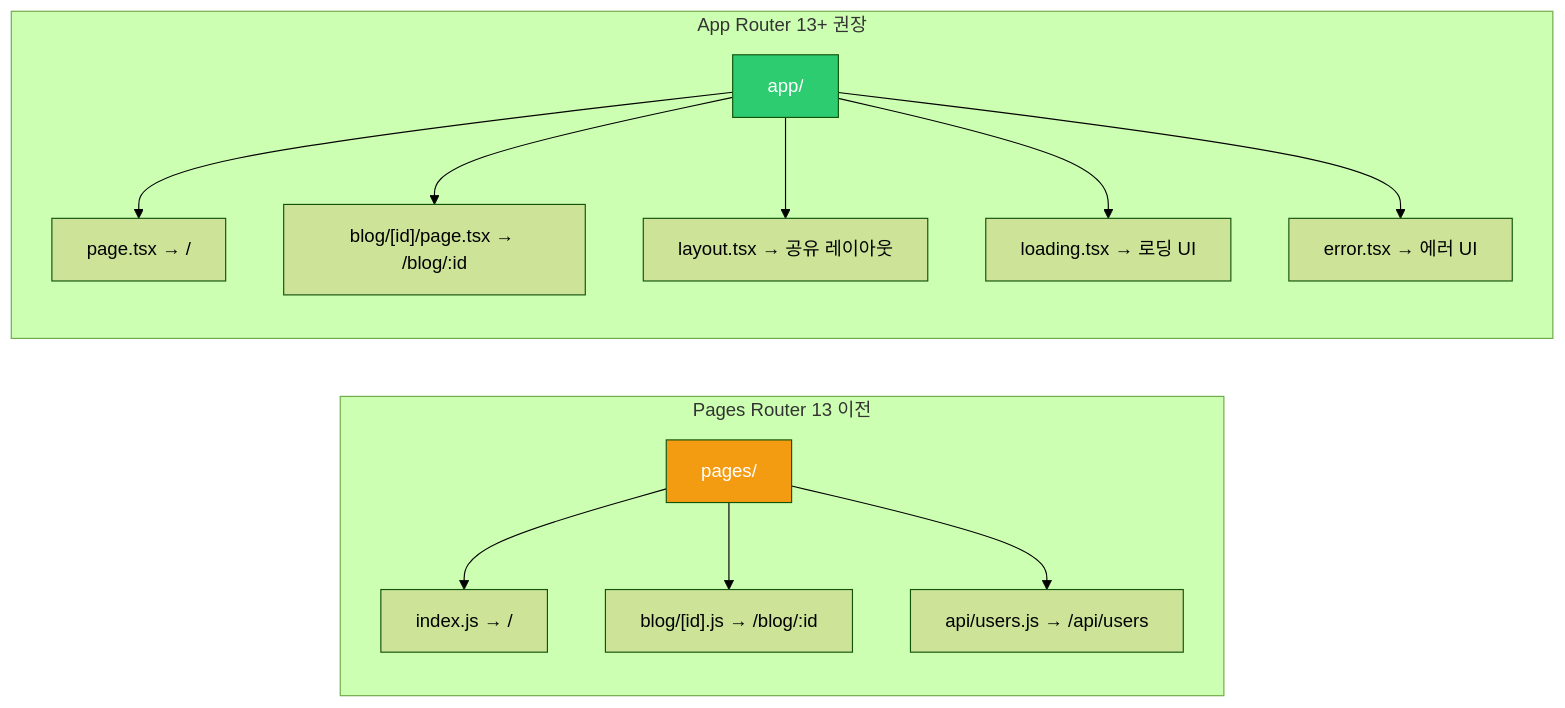
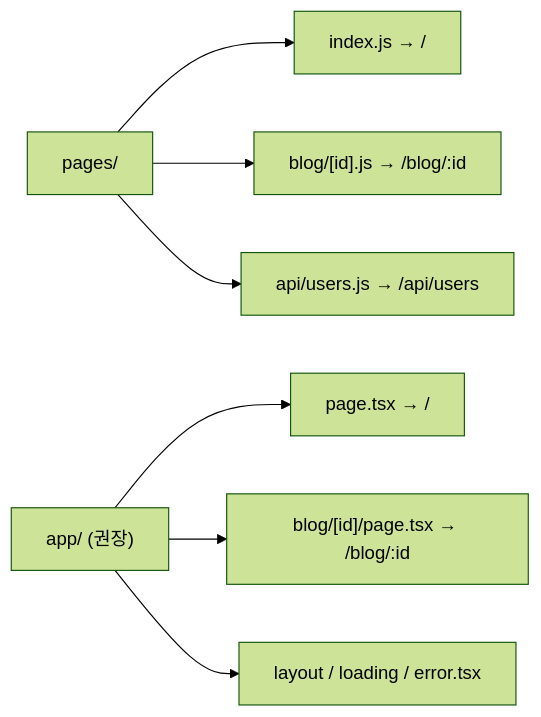
The second of 6 diagrams in _posts/frontend/2026-05-02-nextjs-fundamentals.md (yjkim2015/yjkim2015.github.io), drawn with Mermaid (forest theme) before and after one commit. The commit also changed other lines of this file and 215 other files, not shown here.

First line of the commit message:
신규 포스트 10개 추가 + Mermaid 전면 축소 + SystemDesign 시리즈 보강

````diff
--- a/_posts/frontend/2026-05-02-nextjs-fundamentals.md
+++ b/_posts/frontend/2026-05-02-nextjs-fundamentals.md
@@ -73,21 +48,9 @@
 ```mermaid
 graph LR
-    subgraph "Pages Router 13 이전"
-        PR["pages/"]
-        PR --> PI["index.js → /"]
-        PR --> PB["blog/[id].js → /blog/:id"]
-        PR --> PA["api/users.js → /api/users"]
-    end
-
-    subgraph "App Router 13+ 권장"
-        AR["app/"]
-        AR --> AI["page.tsx → /"]
-        AR --> AB["blog/[id]/page.tsx → /blog/:id"]
-        AR --> ARO["layout.tsx → 공유 레이아웃"]
-        AR --> ARL["loading.tsx → 로딩 UI"]
-        AR --> ARE["error.tsx → 에러 UI"]
-    end
-
-    style AR fill:#2ecc71,color:#fff
-    style PR fill:#f39c12,color:#fff
+    PR["pages/"] --> PI["index.js → /"]
+    PR --> PB["blog/[id].js → /blog/:id"]
+    PR --> PA["api/users.js → /api/users"]
+    AR["app/ (권장)"] --> AI["page.tsx → /"]
+    AR --> AB["blog/[id]/page.tsx → /blog/:id"]
+    AR --> ARO["layout / loading / error.tsx"]
 ```
````
